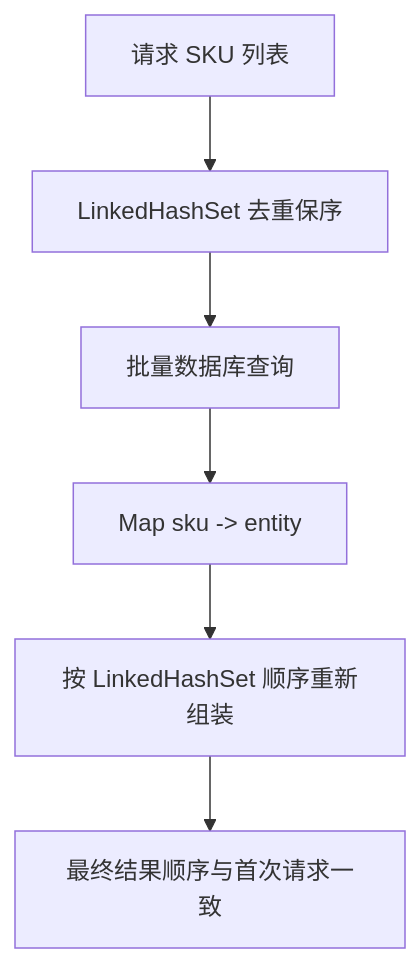
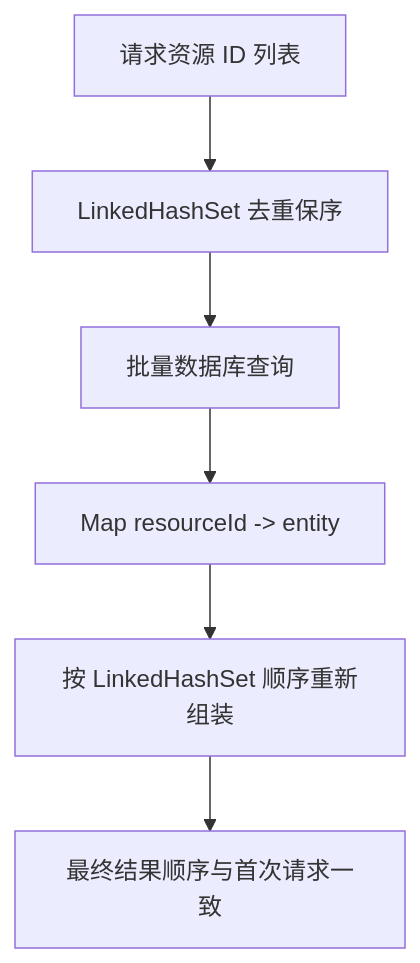
Before and after one commit to xuegucheng/java-tech-review: diagram 33 of 45 in 02-集合框架/02-深度解析/HashSet与LinkedHashSet.md, drawn with Mermaid. The commit also changed other lines of this file and 33 other files, not shown here.

````diff
--- a/02-集合框架/02-深度解析/HashSet与LinkedHashSet.md
+++ b/02-集合框架/02-深度解析/HashSet与LinkedHashSet.md
@@ -1530,8 +1530,8 @@
 ```mermaid
 flowchart TD
-    A[请求 SKU 列表] --> B[LinkedHashSet 去重保序]
+    A[请求资源 ID 列表] --> B[LinkedHashSet 去重保序]
     B --> C[批量数据库查询]
-    C --> D[Map sku -> entity]
+    C --> D[Map resourceId -> entity]
     D --> E[按 LinkedHashSet 顺序重新组装]
     E --> F[最终结果顺序与首次请求一致]
 ```
````
